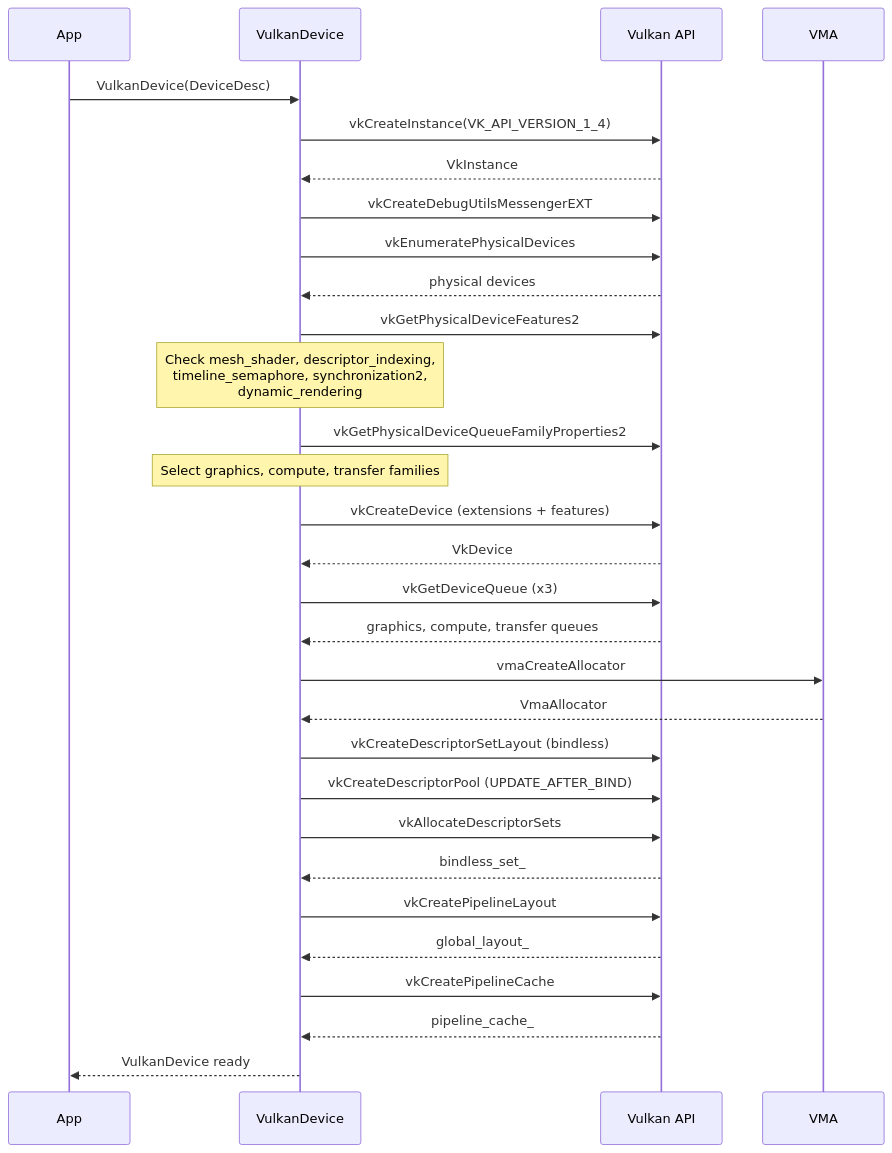
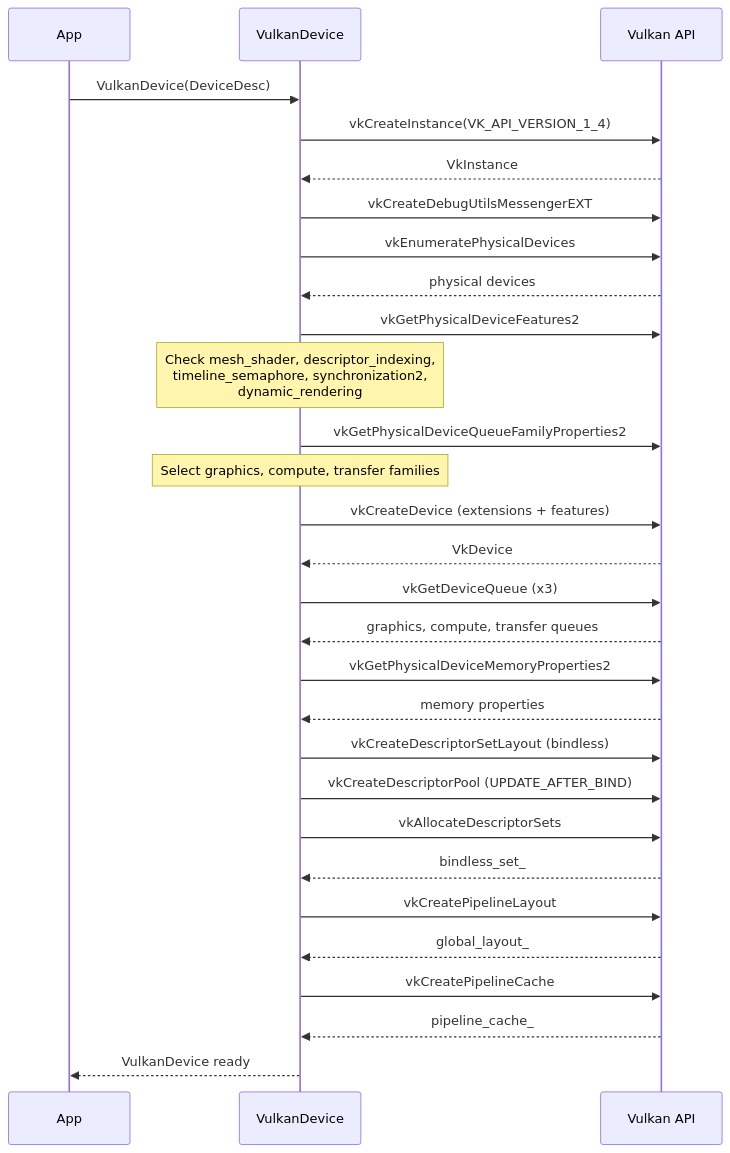
One commit to harmonius-dev/harmonius changed diagram 31 of 34 in docs/design/gpu-backend-vulkan-classes.md. Above: the diagram before and after it, drawn with Mermaid. The commit also changed other lines of this file and 28 other files, not shown here.

````diff
--- a/docs/design/gpu-backend-vulkan-classes.md
+++ b/docs/design/gpu-backend-vulkan-classes.md
@@ -1613,33 +1611,31 @@
 ```mermaid
 sequenceDiagram
     participant App
     participant VD as VulkanDevice
     participant Vk as Vulkan API
-    participant VMA
-
     App->>VD: VulkanDevice(DeviceDesc)
     VD->>Vk: vkCreateInstance(VK_API_VERSION_1_4)
     Vk-->>VD: VkInstance
     VD->>Vk: vkCreateDebugUtilsMessengerEXT
     VD->>Vk: vkEnumeratePhysicalDevices
     Vk-->>VD: physical devices
     VD->>Vk: vkGetPhysicalDeviceFeatures2
     Note over VD: Check mesh_shader, descriptor_indexing,<br/>timeline_semaphore, synchronization2,<br/>dynamic_rendering
     VD->>Vk: vkGetPhysicalDeviceQueueFamilyProperties2
     Note over VD: Select graphics, compute, transfer families
     VD->>Vk: vkCreateDevice (extensions + features)
     Vk-->>VD: VkDevice
     VD->>Vk: vkGetDeviceQueue (x3)
     Vk-->>VD: graphics, compute, transfer queues
-    VD->>VMA: vmaCreateAllocator
-    VMA-->>VD: VmaAllocator
+    VD->>Vk: vkGetPhysicalDeviceMemoryProperties2
+    Vk-->>VD: memory properties
     VD->>Vk: vkCreateDescriptorSetLayout (bindless)
     VD->>Vk: vkCreateDescriptorPool (UPDATE_AFTER_BIND)
     VD->>Vk: vkAllocateDescriptorSets
     Vk-->>VD: bindless_set_
     VD->>Vk: vkCreatePipelineLayout
     Vk-->>VD: global_layout_
     VD->>Vk: vkCreatePipelineCache
     Vk-->>VD: pipeline_cache_
     VD-->>App: VulkanDevice ready
 ```
````
